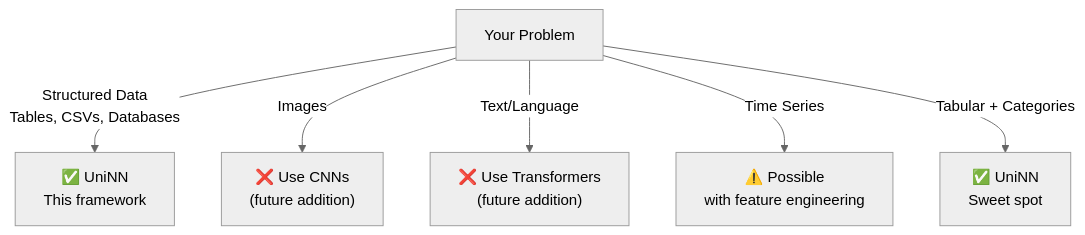
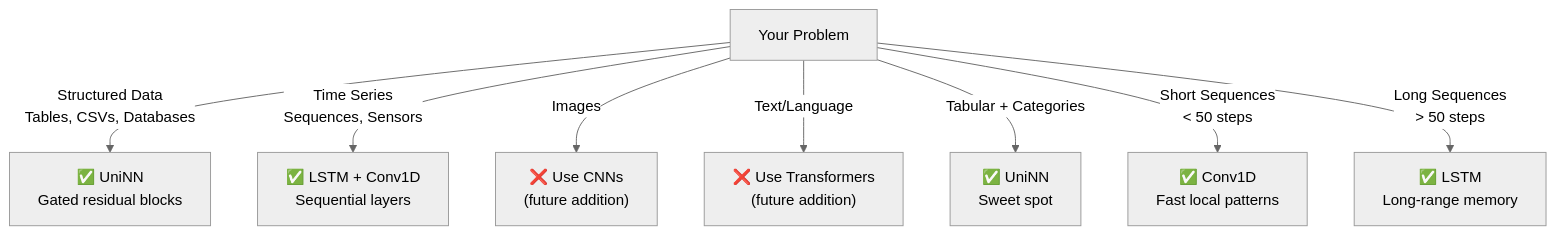
Before and after one commit to hiteshkumar2187/unilang: the first of 2 diagrams in examples/ml-framework/docs/08_USE_CASES.md, drawn with Mermaid (neutral theme). The commit also changed other lines of this file and 6 other files, not shown here.

First line of the commit message:
feat: add LSTM, Conv1D, MaxPool1D layers for time series support

````diff
--- a/examples/ml-framework/docs/08_USE_CASES.md
+++ b/examples/ml-framework/docs/08_USE_CASES.md
@@ -11,9 +14,11 @@
 ```mermaid
 graph TD
     A[Your Problem]
-    A -->|Structured Data<br/>Tables, CSVs, Databases| B["✅ UniNN<br/>This framework"]
-    A -->|Images| C["❌ Use CNNs<br/>(future addition)"]
-    A -->|Text/Language| D["❌ Use Transformers<br/>(future addition)"]
-    A -->|Time Series| E["⚠️ Possible<br/>with feature engineering"]
+    A -->|Structured Data<br/>Tables, CSVs, Databases| B["✅ UniNN<br/>Gated residual blocks"]
+    A -->|Time Series<br/>Sequences, Sensors| C["✅ LSTM + Conv1D<br/>Sequential layers"]
+    A -->|Images| D["❌ Use CNNs<br/>(future addition)"]
+    A -->|Text/Language| E["❌ Use Transformers<br/>(future addition)"]
     A -->|Tabular + Categories| F["✅ UniNN<br/>Sweet spot"]
+    A -->|Short Sequences<br/>&lt; 50 steps| G["✅ Conv1D<br/>Fast local patterns"]
+    A -->|Long Sequences<br/>&gt; 50 steps| H["✅ LSTM<br/>Long-range memory"]
 ```
````
